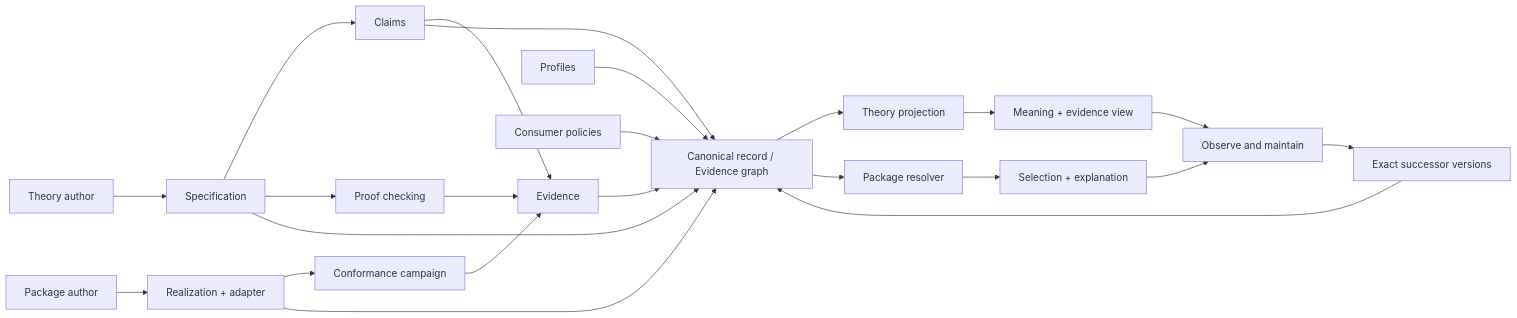
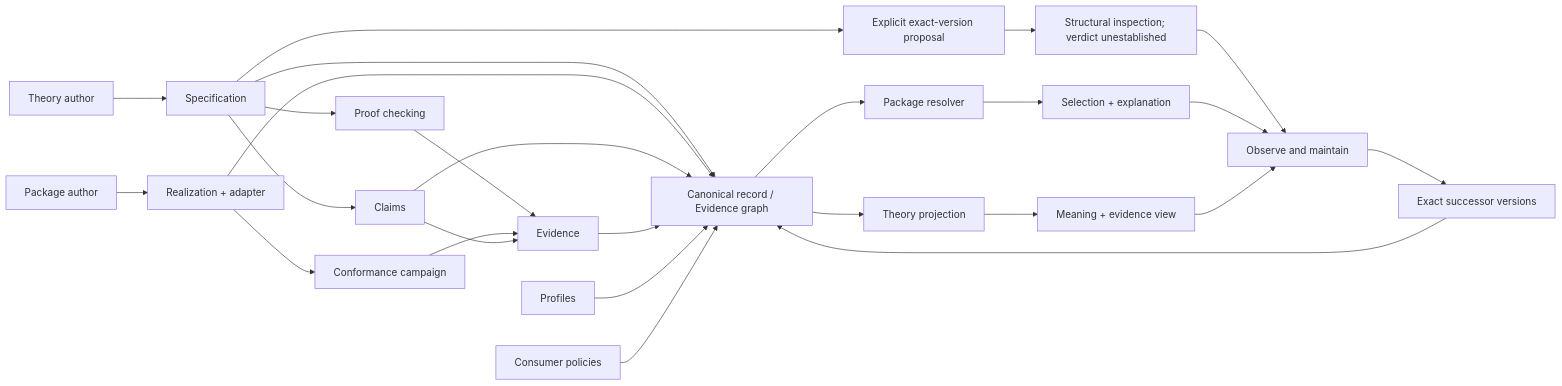
Before and after one commit to phibkro/semantic-packages: the first of 2 diagrams in docs/design/system-map.md, drawn with Mermaid. The commit also changed other lines of this file and 13 other files, not shown here.

First line of the commit message:
feat(refinement): inspect explicit exact-version proposals (#17)

````diff
--- a/docs/design/system-map.md
+++ b/docs/design/system-map.md
@@ -50,30 +55,33 @@
 ```mermaid
 flowchart LR
     TA[Theory author] --> S[Specification]
     S --> C[Claims]
     S --> P[Proof checking]
+    S --> Q[Explicit exact-version proposal]
+    Q --> I[Structural inspection; verdict unestablished]
 
     PA[Package author] --> R[Realization + adapter]
     R --> T[Conformance campaign]
 
     P --> E[Evidence]
     T --> E
     C --> E
 
     S --> G[Canonical record / Evidence graph]
     R --> G
     C --> G
     E --> G
     RP[Profiles] --> G
     CP[Consumer policies] --> G
 
     G --> B[Theory projection]
     G --> X[Package resolver]
     X --> O[Selection + explanation]
     B --> V[Meaning + evidence view]
+    I --> M
 
     O --> M[Observe and maintain]
     V --> M
     M --> N[Exact successor versions]
     N --> G
 ```
````
